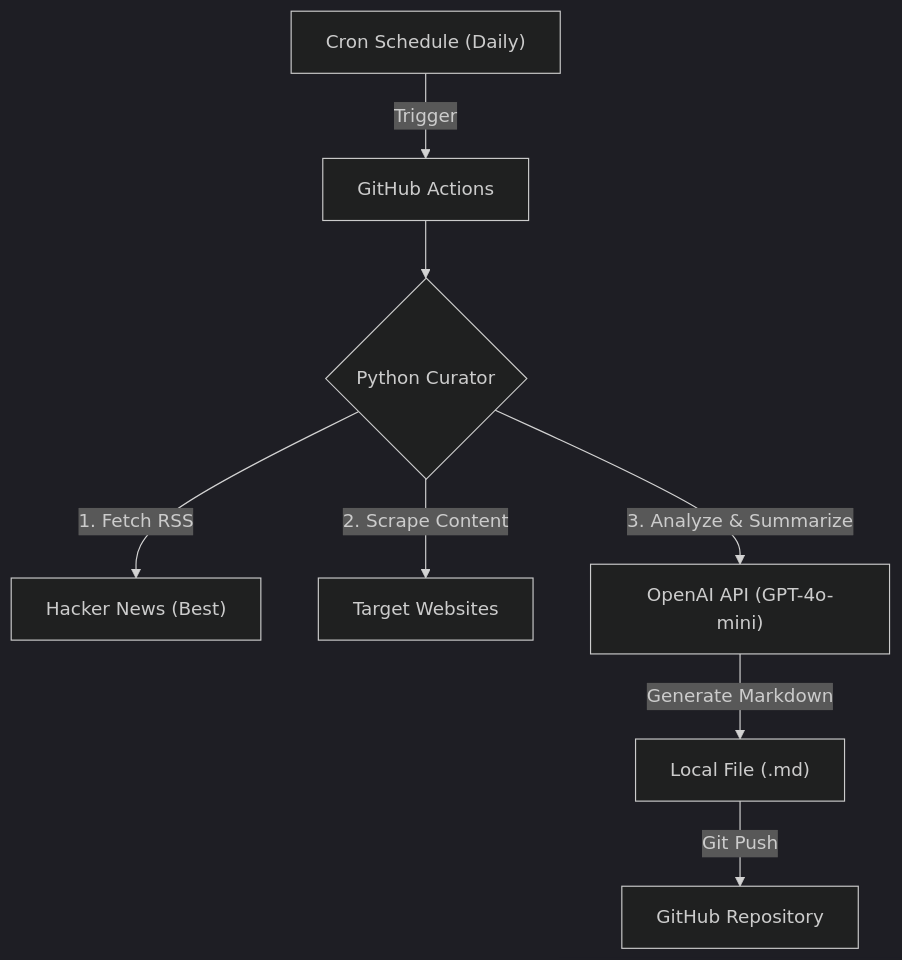
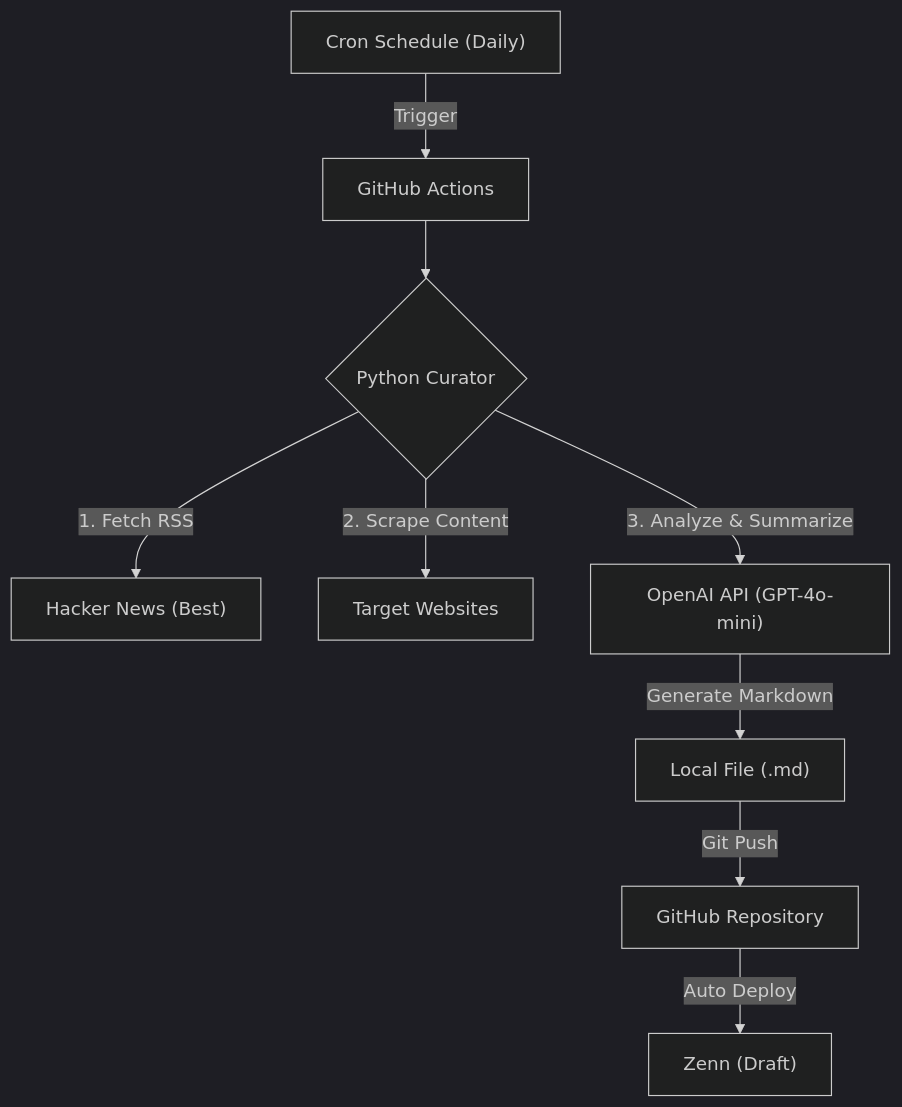
Before and after one commit to hidexx/zenn-content: the diagram in README.md, drawn with Mermaid (dark theme).

````diff
--- a/README.md
+++ b/README.md
@@ -25,10 +25,11 @@
 ```mermaid
 graph TD
     A["Cron Schedule (Daily)"] -->|Trigger| B["GitHub Actions"]
     B --> C{"Python Curator"}
     C -->|1. Fetch RSS| D["Hacker News (Best)"]
     C -->|2. Scrape Content| E["Target Websites"]
     C -->|3. Analyze & Summarize| F["OpenAI API (GPT-4o-mini)"]
     F -->|Generate Markdown| G["Local File (.md)"]
     G -->|Git Push| H["GitHub Repository"]
+　　H -->|Auto Deploy| I["Zenn (Draft)"]
 ```
````
